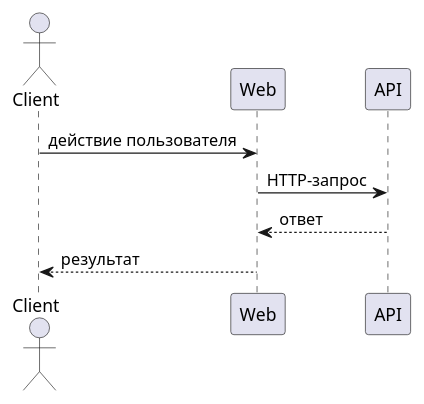
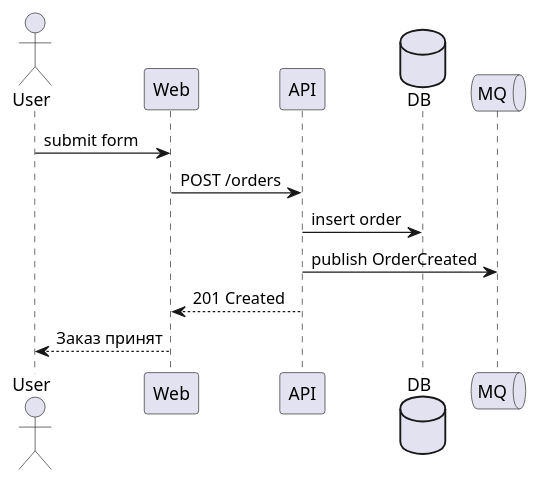
One commit to iwizy/analyst_kb changed the second of 8 diagrams in docs/tools/plantuml.md. Above: the diagram before and after it, drawn with PlantUML. The commit also changed other lines of this file, not shown here.

Commit message:
Обновление материалов по PlantUML

````diff
--- a/docs/tools/plantuml.md
+++ b/docs/tools/plantuml.md
@@ -75,12 +101,16 @@
 ```kroki-plantuml
 @startuml
-actor Client
+actor User
 participant Web
 participant API
+database DB
+queue MQ
 
-Client -> Web : действие пользователя
-Web -> API : HTTP-запрос
-API --> Web : ответ
-Web --> Client : результат
+User -> Web : submit form
+Web -> API : POST /orders
+API -> DB : insert order
+API -> MQ : publish OrderCreated
+API --> Web : 201 Created
+Web --> User : Заказ принят
 @enduml
 ```
````
